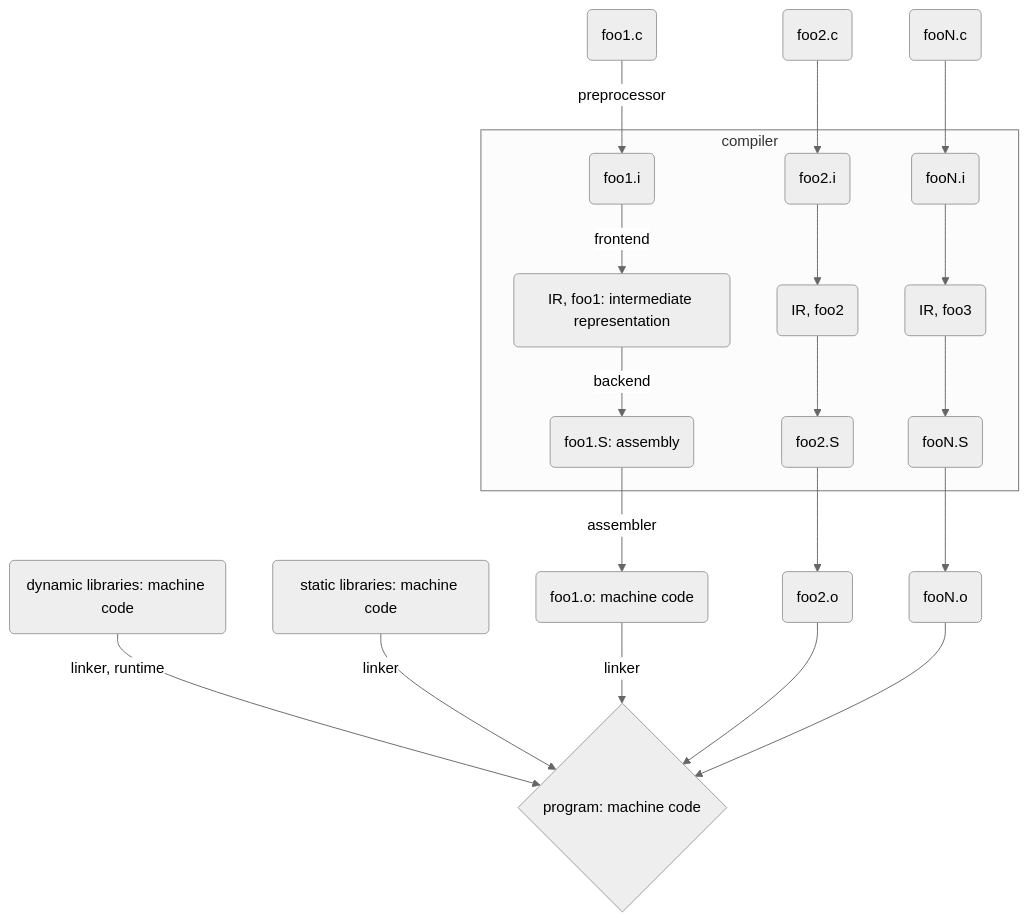
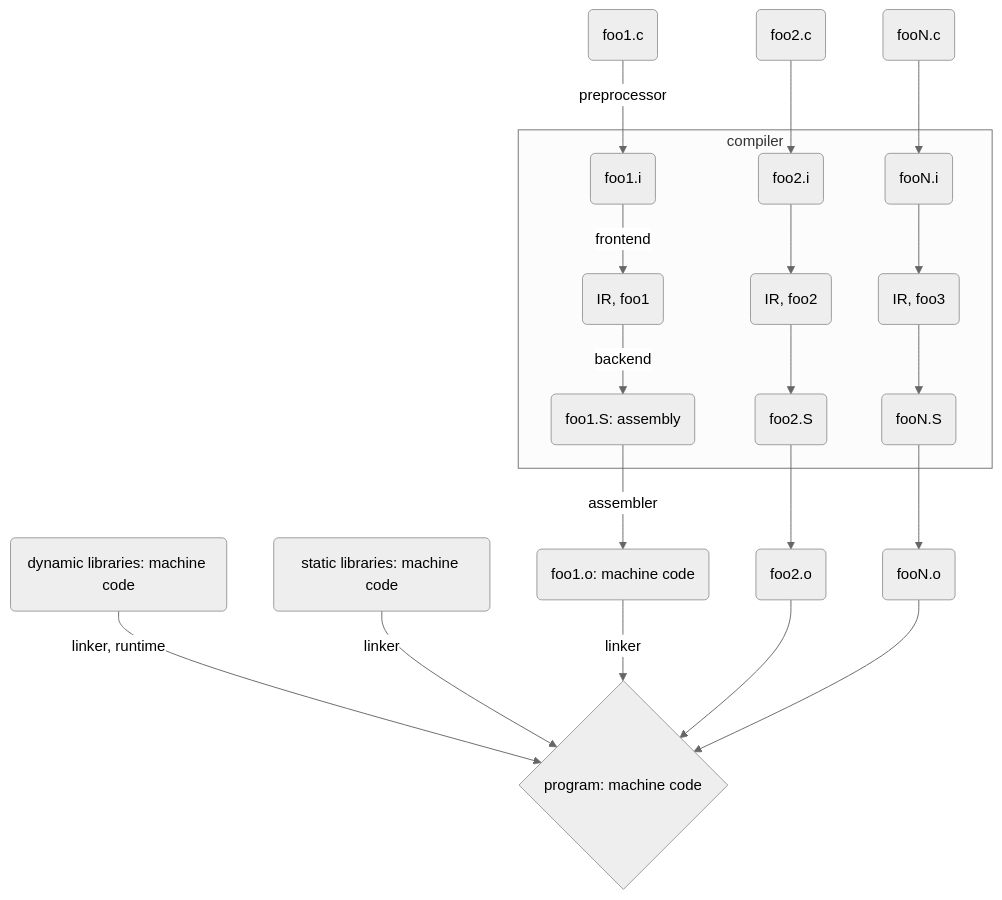
The third of 3 diagrams in README.md (luamfb/intro_x86-64), drawn with Mermaid (neutral theme) before and after one commit. The commit also changed other lines of this file, not shown here.

Commit message:
Remove long name in flowchart node
Also state outside the flowchart that IR = intermediate representation so readers won't have to infer that.

````diff
--- a/README.md
+++ b/README.md
@@ -143,22 +143,22 @@
 ```mermaid
 graph TB
 c1(foo1.c) -- preprocessor --> pp1(foo1.i)
 c2(foo2.c) --> pp2(foo2.i)
 cN(fooN.c) --> ppN(fooN.i)
 subgraph compiler
-pp1 -- frontend --> ir1(IR, foo1: intermediate representation)
+pp1 -- frontend --> ir1(IR, foo1)
 pp2 --> ir2(IR, foo2)
 ppN --> irN(IR, foo3)
 ir1 -- backend --> s1(foo1.S: assembly)
 ir2 --> s2(foo2.S)
 irN --> sN(fooN.S)
 end
 s1 -- assembler --> o1(foo1.o: machine code)
 s2 --> o2(foo2.o)
 sN --> oN(fooN.o)
 dl(dynamic libraries: machine code) -- linker, runtime --> p
 sl(static libraries: machine code) -- linker --> p{program: machine code}
 o1 -- linker --> p
 o2 --> p
 oN --> p
 ```
````
